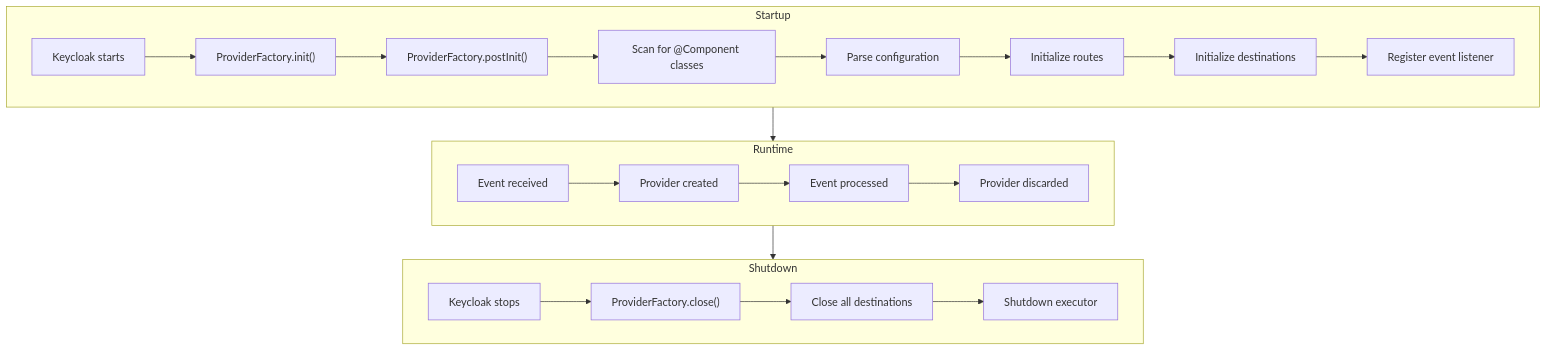
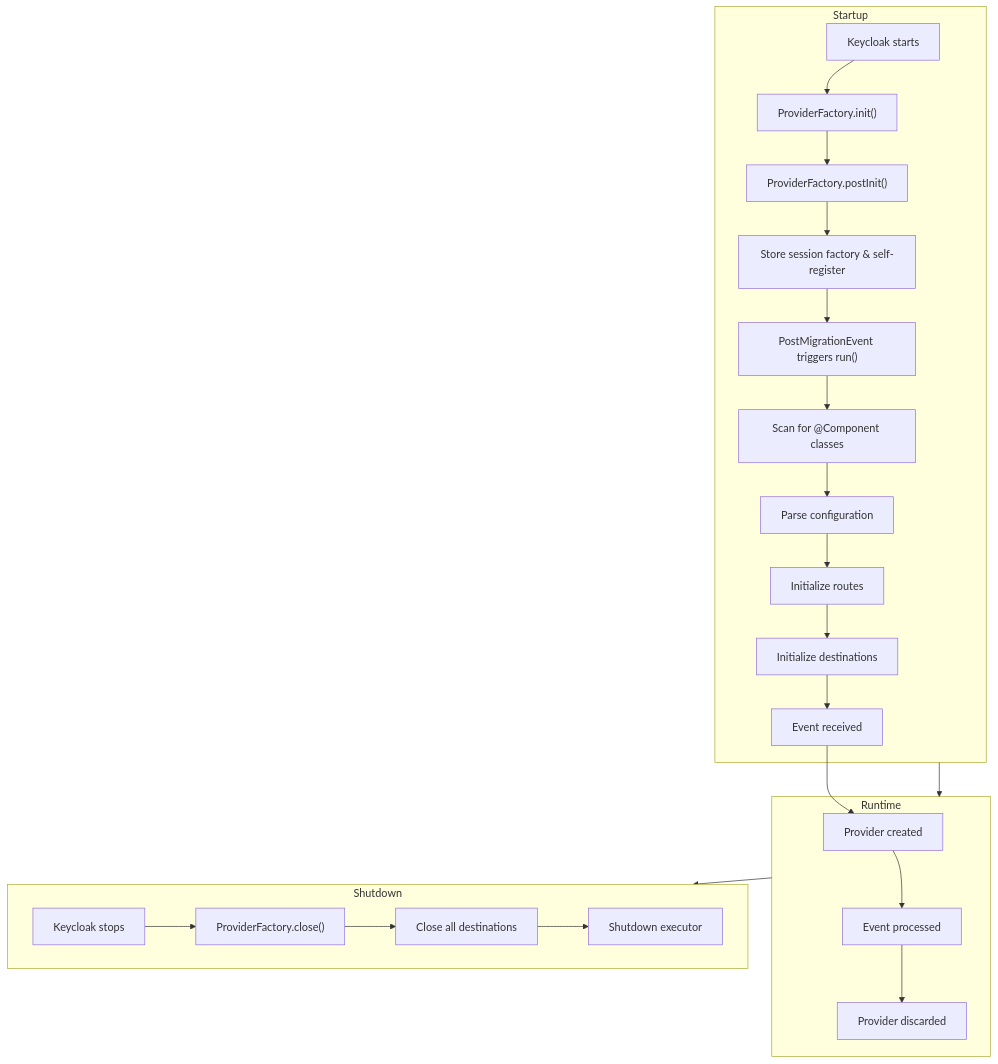
The third of 5 diagrams in docs/developer-guide/how-it-works.md (FortuneN/kete), drawn with Mermaid before and after one commit. The commit also changed other lines of this file and 566 other files, not shown here.

````diff
--- a/docs/developer-guide/how-it-works.md
+++ b/docs/developer-guide/how-it-works.md
@@ -50,27 +50,29 @@
 ```mermaid
 flowchart TD
     subgraph Startup
         A["Keycloak starts"] --> B["ProviderFactory.init()"]
         B --> C["ProviderFactory.postInit()"]
-        C --> D["Scan for @Component classes"]
-        D --> E["Parse configuration"]
-        E --> F["Initialize routes"]
-        F --> G["Initialize destinations"]
-        G --> H["Register event listener"]
+        C --> C2["Store session factory & self-register"]
+        C2 --> D["PostMigrationEvent triggers run()"]
+        D --> E["Scan for @Component classes"]
+        E --> F["Parse configuration"]
+        F --> G["Initialize routes"]
+        G --> H["Initialize destinations"]
+        H --> I["Register event listener on realms"]
     end
     
     subgraph Runtime
         I["Event received"] --> J["Provider created"]
         J --> K["Event processed"]
         K --> L["Provider discarded"]
     end
     
     subgraph Shutdown
         M["Keycloak stops"] --> N["ProviderFactory.close()"]
         N --> O["Close all destinations"]
         O --> P["Shutdown executor"]
     end
     
     Startup --> Runtime
     Runtime --> Shutdown
 ```
````
